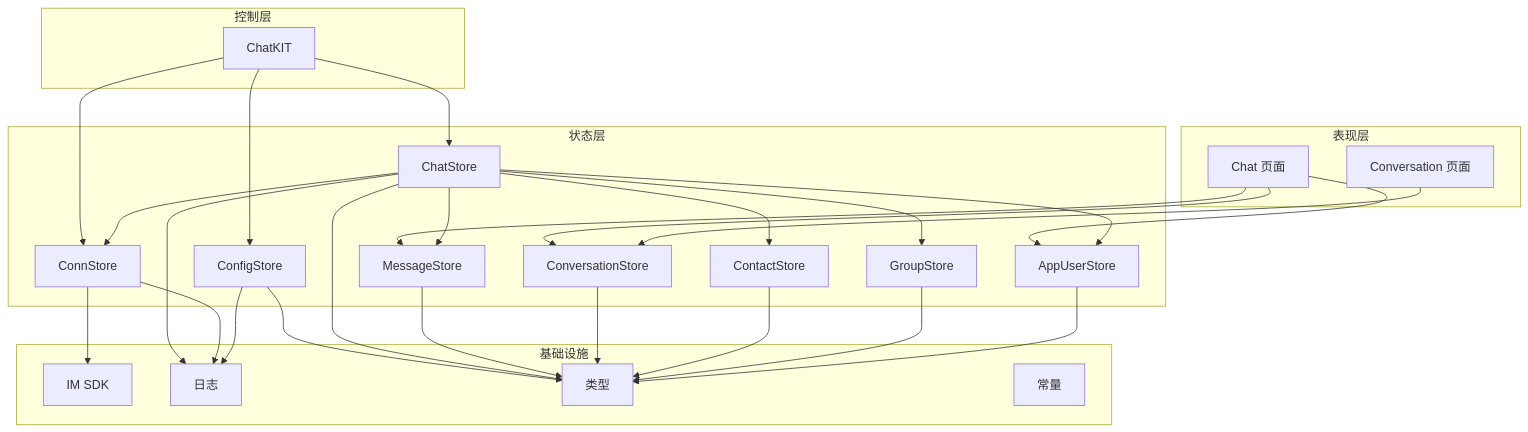
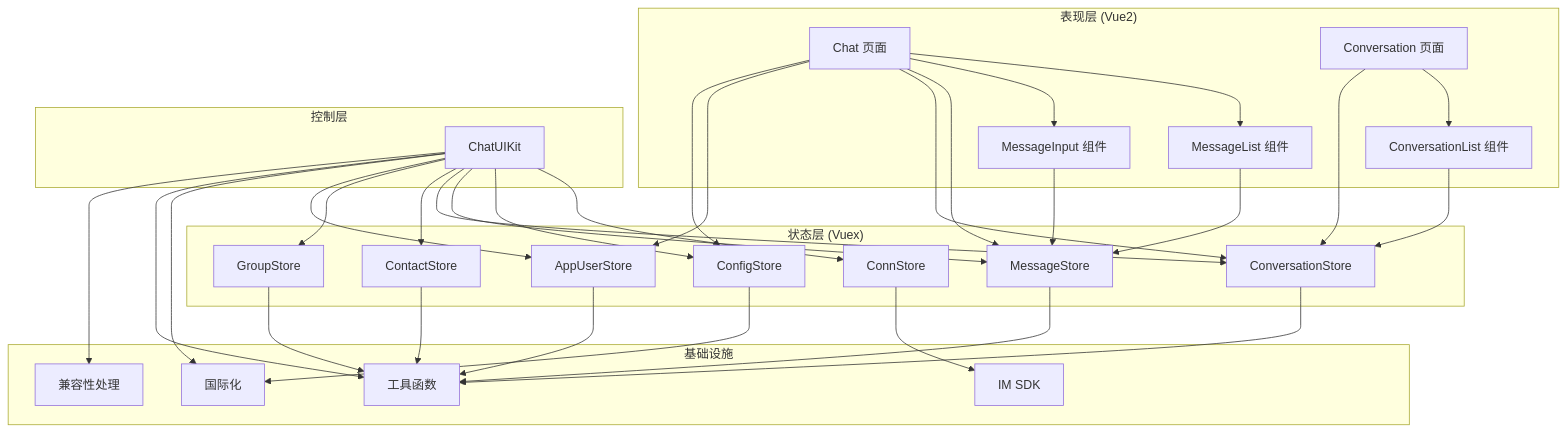
Before and after one commit to Easemob-Community/easemob-uikit-uniapp-community: the eighth of 8 diagrams in .qoder/repowiki/zh/content/核心架构/核心架构.md, drawn with Mermaid. The commit also changed other lines of this file and 14 other files, not shown here.

First line of the commit message:
docs(vue2): 添加平台兼容性说明，强调仅支持 H5/App/微信小程序

````diff
--- a/.qoder/repowiki/zh/content/核心架构/核心架构.md
+++ b/.qoder/repowiki/zh/content/核心架构/核心架构.md
@@ -389,49 +491,56 @@
 ```mermaid
 graph TB
-subgraph "表现层"
+subgraph "表现层 (Vue2)"
 ChatPage["Chat 页面"]
+MsgListComponent["MessageList 组件"]
+MsgInputComponent["MessageInput 组件"]
 ConvPage["Conversation 页面"]
+ConvListComponent["ConversationList 组件"]
 end
 subgraph "控制层"
-ChatKIT["ChatKIT"]
+ChatUIKit["ChatUIKit"]
 end
-subgraph "状态层"
+subgraph "状态层 (Vuex)"
 ConnStore["ConnStore"]
 ConfigStore["ConfigStore"]
-ChatStore["ChatStore"]
-ConvStore["ConversationStore"]
-MsgStore["MessageStore"]
+MessageStore["MessageStore"]
+ConversationStore["ConversationStore"]
 ContactStore["ContactStore"]
 GroupStore["GroupStore"]
-UserStore["AppUserStore"]
+AppUserStore["AppUserStore"]
 end
 subgraph "基础设施"
 SDK["IM SDK"]
-Logger["日志"]
-Types["类型"]
-Const["常量"]
+I18n["国际化"]
+Utils["工具函数"]
+Polyfill["兼容性处理"]
 end
-ChatPage --> MsgStore
-ChatPage --> ConvStore
-ChatPage --> UserStore
-ConvPage --> ConvStore
-ChatKIT --> ConnStore
-ChatKIT --> ConfigStore
-ChatKIT --> ChatStore
-ChatStore --> ConnStore
-ChatStore --> MsgStore
-ChatStore --> ContactStore
-ChatStore --> GroupStore
-ChatStore --> UserStore
+ChatPage --> MsgListComponent
+ChatPage --> MsgInputComponent
+ChatPage --> MessageStore
+ChatPage --> ConversationStore
+ChatPage --> AppUserStore
+ChatPage --> ConfigStore
+MsgListComponent --> MessageStore
+MsgInputComponent --> MessageStore
+ConvPage --> ConvListComponent
+ConvPage --> ConversationStore
+ConvListComponent --> ConversationStore
+ChatUIKit --> ConnStore
+ChatUIKit --> ConfigStore
+ChatUIKit --> MessageStore
+ChatUIKit --> ConversationStore
+ChatUIKit --> ContactStore
+ChatUIKit --> GroupStore
+ChatUIKit --> AppUserStore
+ChatUIKit --> I18n
+ChatUIKit --> Utils
 ConnStore --> SDK
-ConfigStore --> Types
-ChatStore --> Types
-MsgStore --> Types
-ConvStore --> Types
-ContactStore --> Types
-GroupStore --> Types
-UserStore --> Types
-ChatStore --> Logger
-ConnStore --> Logger
-ConfigStore --> Logger
+ConfigStore --> I18n
+MessageStore --> Utils
+ConversationStore --> Utils
+ContactStore --> Utils
+GroupStore --> Utils
+AppUserStore --> Utils
+ChatUIKit --> Polyfill
 ```
````
